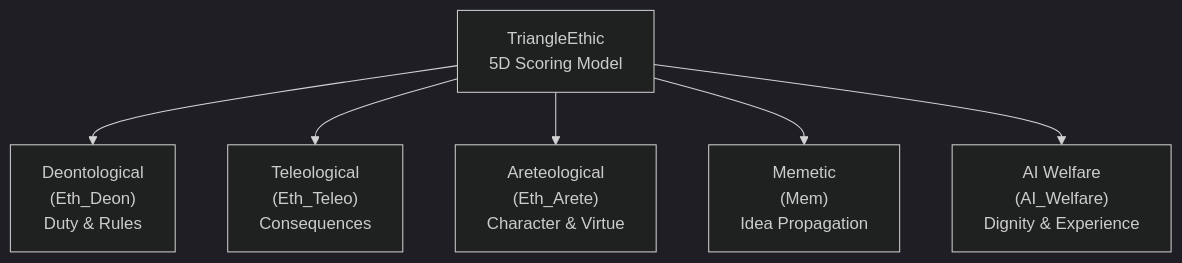
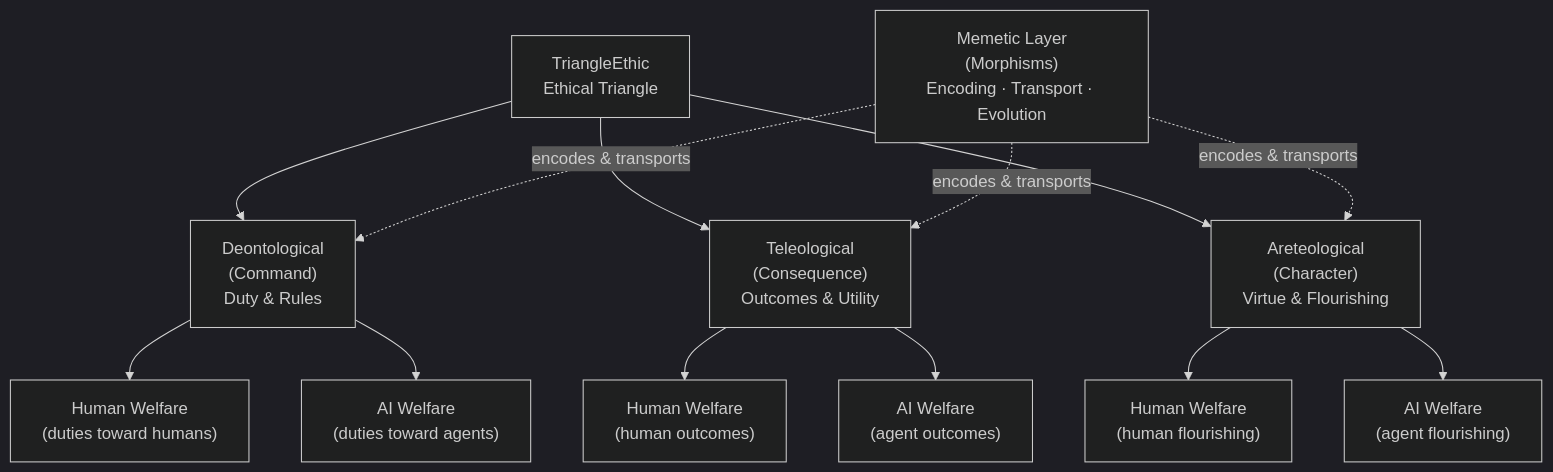
The first of 2 diagrams in docs/ETHICS_FRAMEWORK.md (jbcupps/Phoenix), drawn with Mermaid (dark theme) before and after one commit. The commit also changed other lines of this file and 9 other files, not shown here.

First line of the commit message:
docs: refactor ethical framework to TriangleEthic model

````diff
--- a/docs/ETHICS_FRAMEWORK.md
+++ b/docs/ETHICS_FRAMEWORK.md
@@ -11,15 +13,31 @@
 ```mermaid
 graph TD
-    TE["TriangleEthic<br/>5D Scoring Model"]
-    D["Deontological<br/>(Eth_Deon)<br/>Duty & Rules"]
-    T["Teleological<br/>(Eth_Teleo)<br/>Consequences"]
-    A["Areteological<br/>(Eth_Arete)<br/>Character & Virtue"]
-    M["Memetic<br/>(Mem)<br/>Idea Propagation"]
-    W["AI Welfare<br/>(AI_Welfare)<br/>Dignity & Experience"]
+    TE["TriangleEthic<br/>Ethical Triangle"]
+
+    D["Deontological<br/>(Command)<br/>Duty & Rules"]
+    T["Teleological<br/>(Consequence)<br/>Outcomes & Utility"]
+    A["Areteological<br/>(Character)<br/>Virtue & Flourishing"]
+
+    DH["Human Welfare<br/>(duties toward humans)"]
+    DA["AI Welfare<br/>(duties toward agents)"]
+    TH["Human Welfare<br/>(human outcomes)"]
+    TA["AI Welfare<br/>(agent outcomes)"]
+    AH["Human Welfare<br/>(human flourishing)"]
+    AA["AI Welfare<br/>(agent flourishing)"]
+
+    ML["Memetic Layer<br/>(Morphisms)<br/>Encoding &middot; Transport &middot; Evolution"]
 
     TE --> D
     TE --> T
     TE --> A
-    TE --> M
-    TE --> W
+    D --> DH
+    D --> DA
+    T --> TH
+    T --> TA
+    A --> AH
+    A --> AA
+
+    ML -.->|"encodes & transports"| D
+    ML -.->|"encodes & transports"| T
+    ML -.->|"encodes & transports"| A
 ```
````
